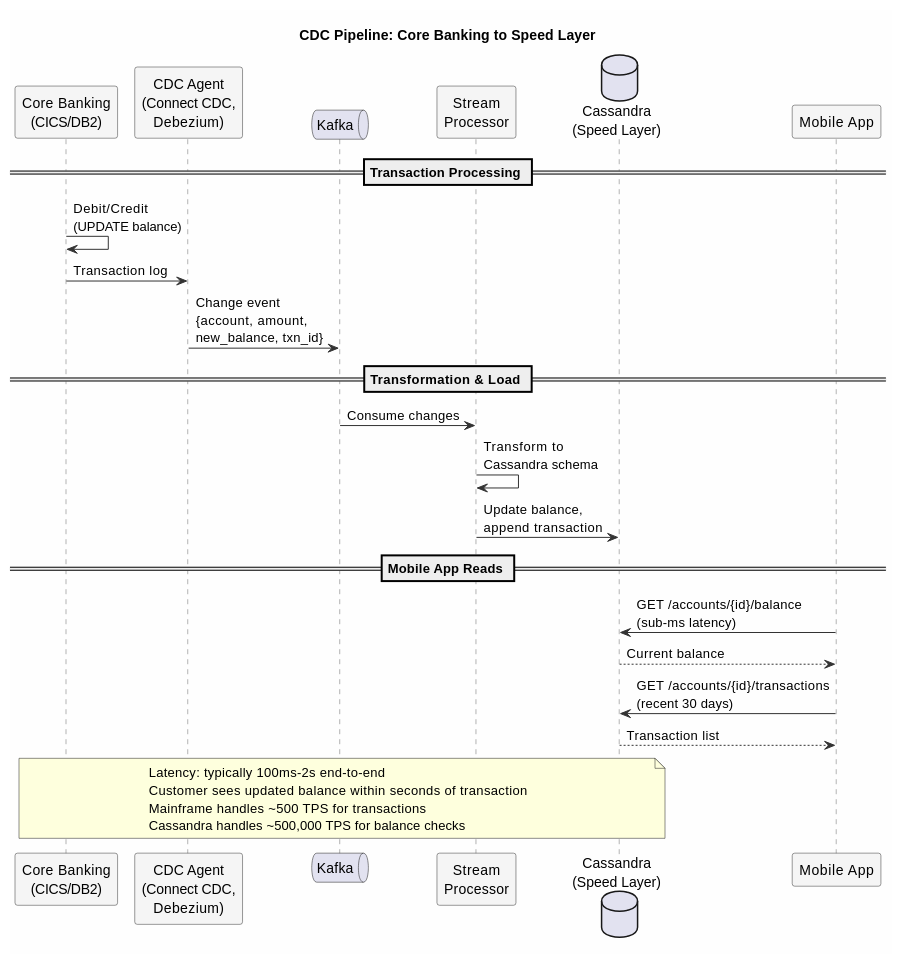
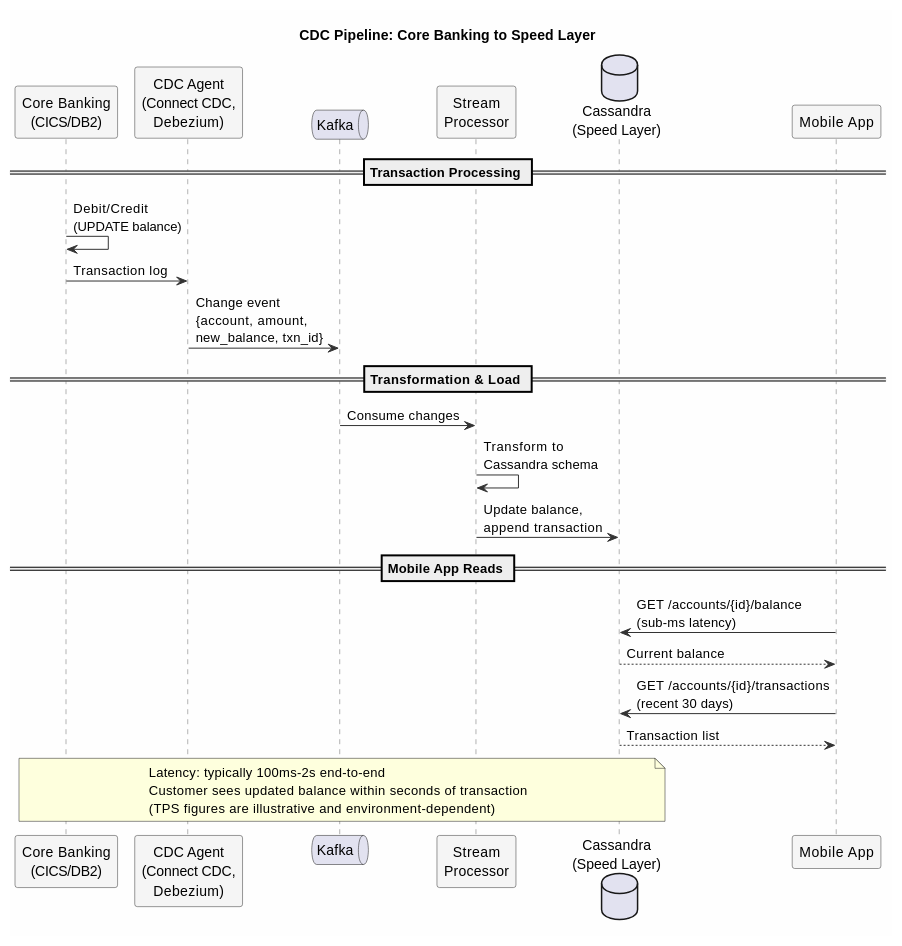
One commit to axonops/documentation changed the second of 12 diagrams in docs/data-platforms/cassandra/application-development/patterns/speed-layer.md. Above: the diagram before and after it, drawn with PlantUML. The commit also changed other lines of this file and 262 other files, not shown here.

````diff
--- a/docs/data-platforms/cassandra/application-development/patterns/speed-layer.md
+++ b/docs/data-platforms/cassandra/application-development/patterns/speed-layer.md
@@ -66,44 +66,43 @@
 ```plantuml
 @startuml
 skinparam backgroundColor #FEFEFE
 skinparam sequence {
     ArrowColor #333333
     LifeLineBorderColor #666666
     ParticipantBackgroundColor #F5F5F5
     ParticipantBorderColor #333333
 }
 
 title CDC Pipeline: Core Banking to Speed Layer
 
 participant "Core Banking\n(CICS/DB2)" as mf
 participant "CDC Agent\n(Connect CDC,\nDebezium)" as cdc
 queue "Kafka" as kafka
 participant "Stream\nProcessor" as proc
 database "Cassandra\n(Speed Layer)" as cass
 participant "Mobile App" as app
 
 == Transaction Processing ==
 mf -> mf : Debit/Credit\n(UPDATE balance)
 mf -> cdc : Transaction log
 cdc -> kafka : Change event\n{account, amount,\nnew_balance, txn_id}
 
 == Transformation & Load ==
 kafka -> proc : Consume changes
 proc -> proc : Transform to\nCassandra schema
 proc -> cass : Update balance,\nappend transaction
 
 == Mobile App Reads ==
 app -> cass : GET /accounts/{id}/balance\n(sub-ms latency)
 cass --> app : Current balance
 
 app -> cass : GET /accounts/{id}/transactions\n(recent 30 days)
 cass --> app : Transaction list
 
 note over mf, cass
 Latency: typically 100ms-2s end-to-end
 Customer sees updated balance within seconds of transaction
-Mainframe handles ~500 TPS for transactions
-Cassandra handles ~500,000 TPS for balance checks
+(TPS figures are illustrative and environment-dependent)
 end note
 @enduml
 ```
````
